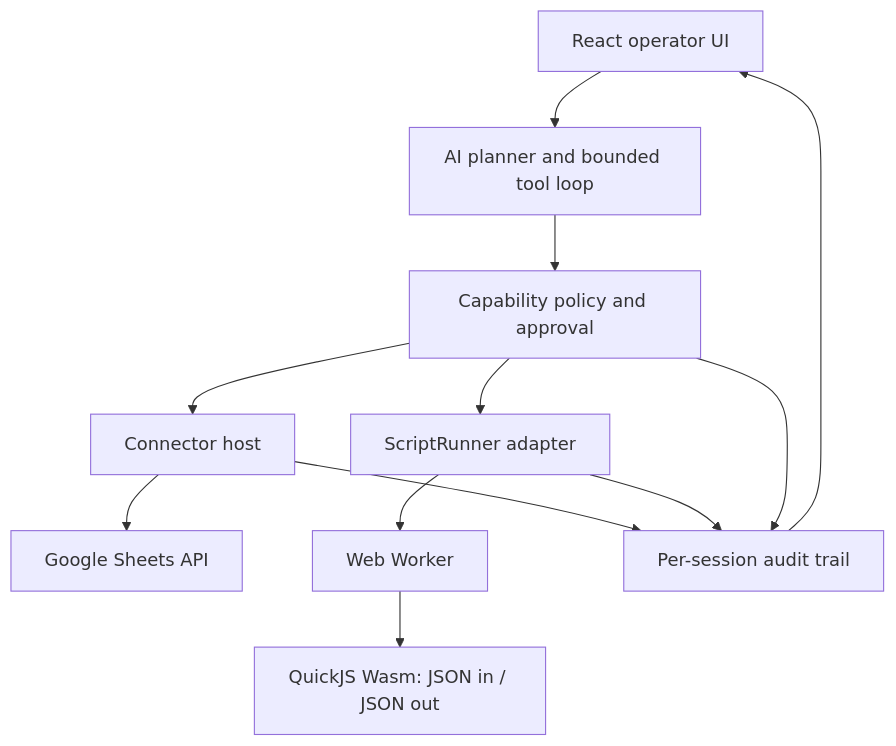
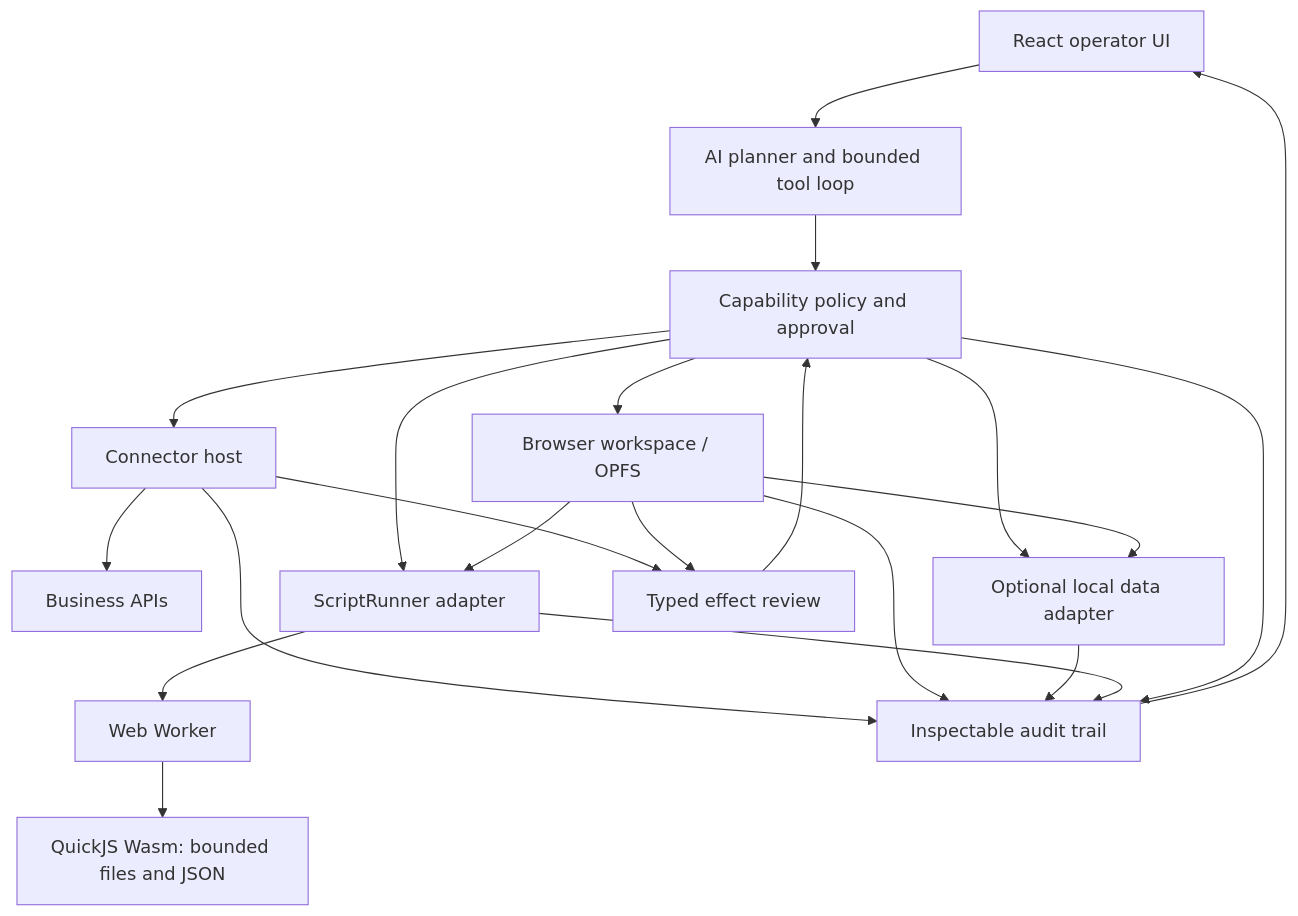
Before and after one commit to haya-inc/wasmhatch: the diagram in docs/plan.md, drawn with Mermaid. The commit also changed other lines of this file and 1 other file, not shown here.

Commit message:
Document OSS-informed architecture gates

````diff
--- a/docs/plan.md
+++ b/docs/plan.md
@@ -106,24 +155,36 @@
 ```mermaid
 flowchart TD
     UI["React operator UI"]
     AG["AI planner and bounded tool loop"]
     POL["Capability policy and approval"]
     CONN["Connector host"]
-    GS["Google Sheets API"]
+    APIS["Business APIs"]
+    VFS["Browser workspace / OPFS"]
+    DB["Optional local data adapter"]
     SCRIPT["ScriptRunner adapter"]
     WORKER["Web Worker"]
-    QJS["QuickJS Wasm: JSON in / JSON out"]
-    AUDIT["Per-session audit trail"]
+    QJS["QuickJS Wasm: bounded files and JSON"]
+    REVIEW["Typed effect review"]
+    AUDIT["Inspectable audit trail"]
 
     UI --> AG
     AG --> POL
     POL --> CONN
-    CONN --> GS
+    CONN --> APIS
+    POL --> VFS
+    POL --> DB
     POL --> SCRIPT
     SCRIPT --> WORKER
     WORKER --> QJS
+    VFS --> SCRIPT
+    VFS --> DB
+    CONN --> REVIEW
+    VFS --> REVIEW
+    REVIEW --> POL
     CONN --> AUDIT
+    VFS --> AUDIT
+    DB --> AUDIT
     SCRIPT --> AUDIT
     POL --> AUDIT
     AUDIT --> UI
 ```
````
